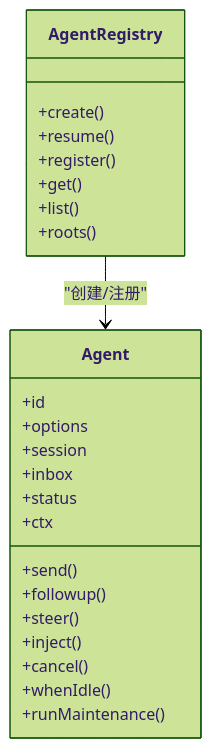
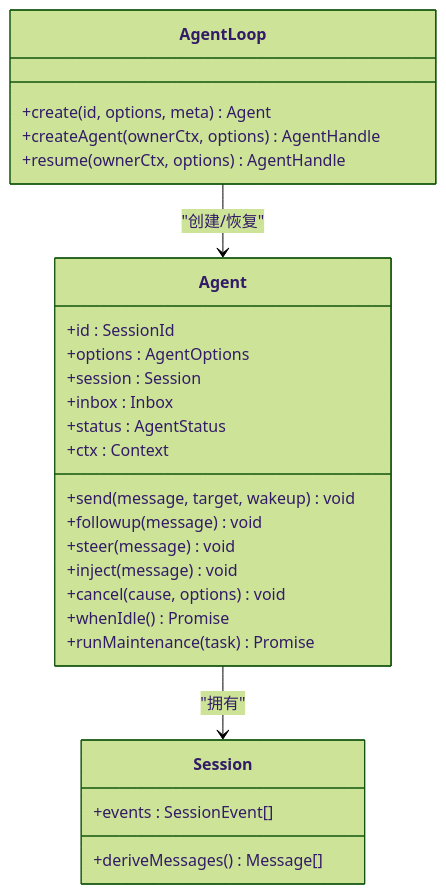
The fourth of 8 diagrams in .qoder/repowiki/zh/content/架构设计/架构设计.md (gongzili456/deepseek-harness), drawn with Mermaid (forest theme) before and after one commit. The commit also changed other lines of this file and 1001 other files, not shown here.

````diff
--- a/.qoder/repowiki/zh/content/架构设计/架构设计.md
+++ b/.qoder/repowiki/zh/content/架构设计/架构设计.md
@@ -138,27 +146,29 @@
 ```mermaid
 classDiagram
 class Agent {
-+id
-+options
-+session
-+inbox
-+status
-+ctx
-+send()
-+followup()
-+steer()
-+inject()
-+cancel()
-+whenIdle()
-+runMaintenance()
++id : SessionId
++options : AgentOptions
++session : Session
++inbox : Inbox
++status : AgentStatus
++ctx : Context
++send(message, target, wakeup) void
++followup(message) void
++steer(message) void
++inject(message) void
++cancel(cause, options) void
++whenIdle() Promise<void>
++runMaintenance(task) Promise<T>
 }
-class AgentRegistry {
-+create()
-+resume()
-+register()
-+get()
-+list()
-+roots()
+class AgentLoop {
++create(id, options, meta) Agent
++createAgent(ownerCtx, options) AgentHandle
++resume(ownerCtx, options) AgentHandle
 }
-AgentRegistry --> Agent : "创建/注册"
+class Session {
++events : SessionEvent[]
++deriveMessages() Message[]
+}
+AgentLoop --> Agent : "创建/恢复"
+Agent --> Session : "拥有"
 ```
````
